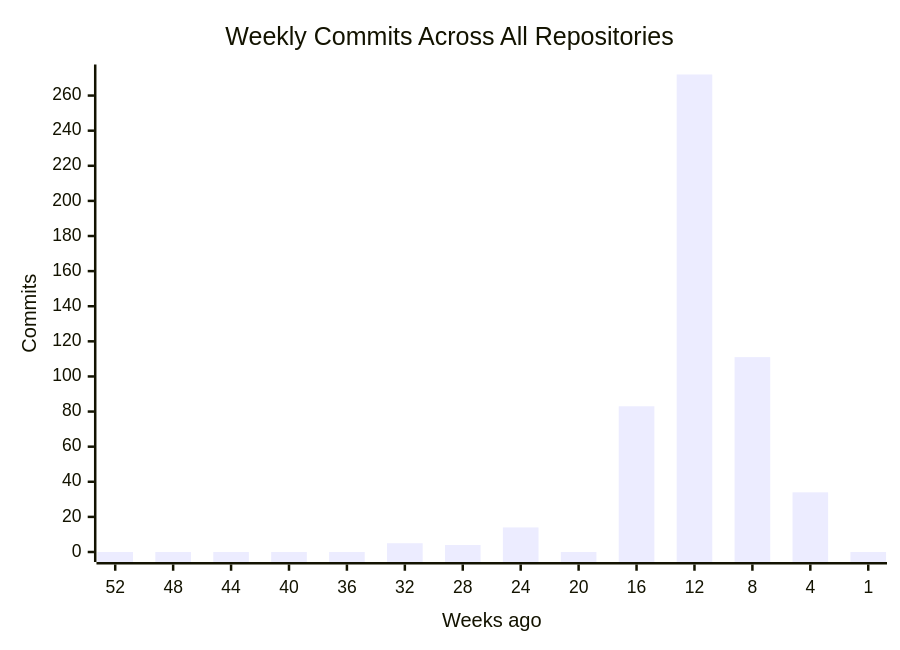
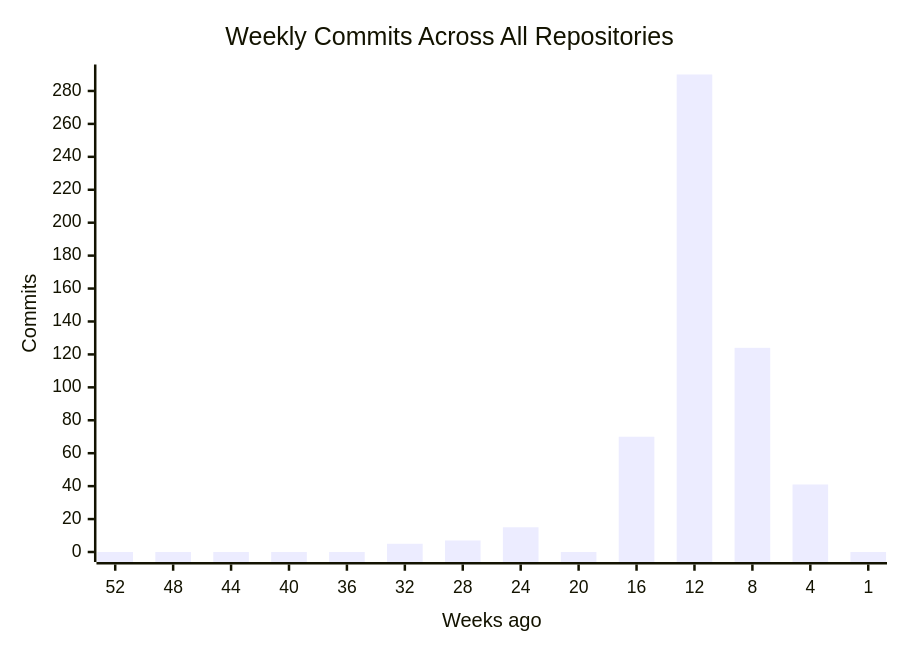
The first of 4 diagrams in profile/README.md (CSTH-Projects/.github), drawn with Mermaid before and after one commit. The commit also changed other lines of this file, not shown here.

````diff
--- a/profile/README.md
+++ b/profile/README.md
@@ -16,7 +16,7 @@
 ```mermaid
 xychart-beta
     title "Weekly Commits Across All Repositories"
     x-axis "Weeks ago" [52, 48, 44, 40, 36, 32, 28, 24, 20, 16, 12, 8, 4, 1]
     y-axis "Commits"
-    bar [0, 0, 0, 0, 0, 5, 4, 14, 0, 83, 272, 111, 34, 0]
+    bar [0, 0, 0, 0, 0, 5, 7, 15, 0, 70, 290, 124, 41, 0]
 ```
````
